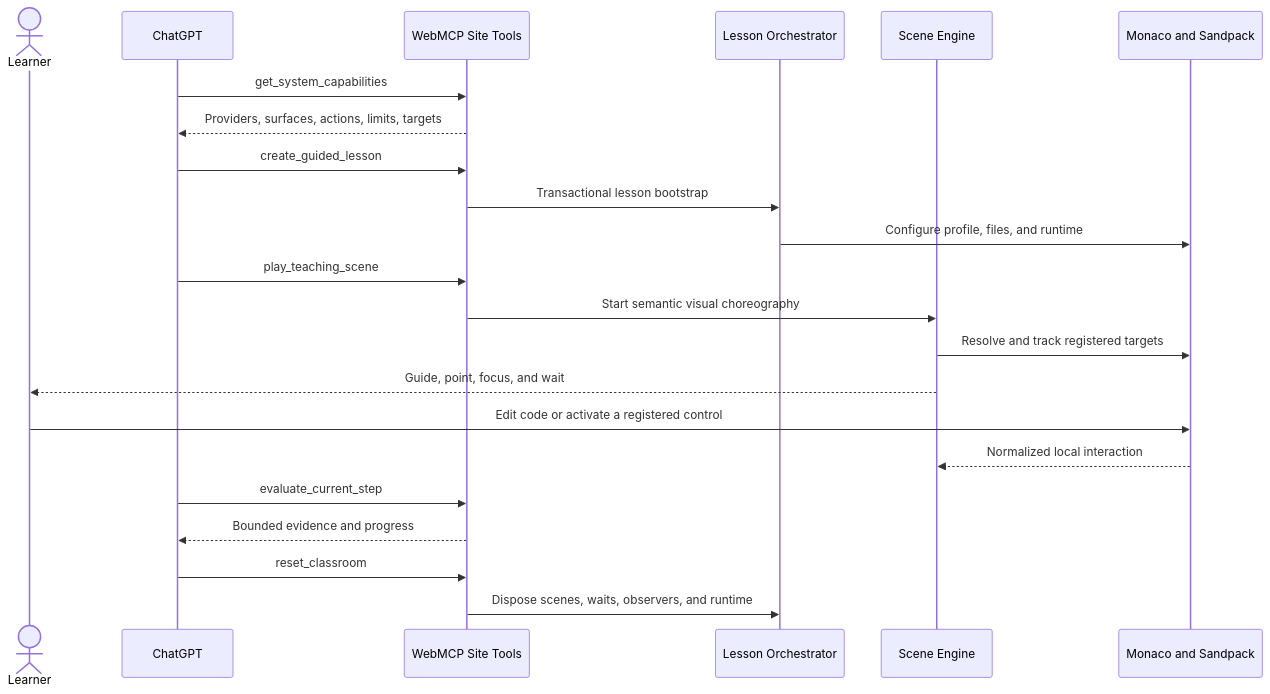
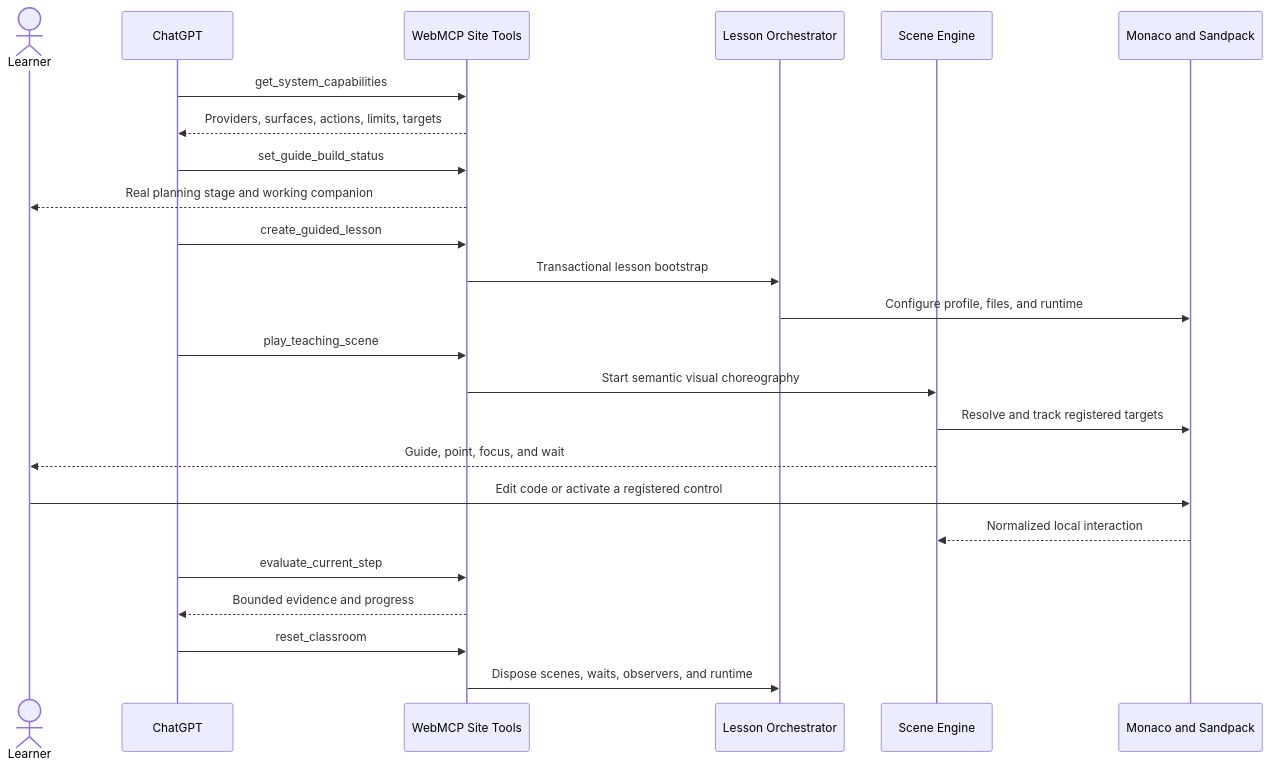
One commit to GilbertrdzDev/lessonique changed the first of 3 diagrams in README.md. Above: the diagram before and after it, drawn with Mermaid. The commit also changed other lines of this file and 36 other files, not shown here.

Commit message:
Add animated WebMCP guide build experience

````diff
--- a/README.md
+++ b/README.md
@@ -22,25 +22,27 @@
 ```mermaid
 sequenceDiagram
     actor Learner
     participant ChatGPT
     participant Tools as WebMCP Site Tools
     participant Classroom as Lesson Orchestrator
     participant Scene as Scene Engine
     participant Workspace as Monaco and Sandpack
 
     ChatGPT->>Tools: get_system_capabilities
     Tools-->>ChatGPT: Providers, surfaces, actions, limits, targets
+    ChatGPT->>Tools: set_guide_build_status
+    Tools-->>Learner: Real planning stage and working companion
     ChatGPT->>Tools: create_guided_lesson
     Tools->>Classroom: Transactional lesson bootstrap
     Classroom->>Workspace: Configure profile, files, and runtime
     ChatGPT->>Tools: play_teaching_scene
     Tools->>Scene: Start semantic visual choreography
     Scene->>Workspace: Resolve and track registered targets
     Scene-->>Learner: Guide, point, focus, and wait
     Learner->>Workspace: Edit code or activate a registered control
     Workspace-->>Scene: Normalized local interaction
     ChatGPT->>Tools: evaluate_current_step
     Tools-->>ChatGPT: Bounded evidence and progress
     ChatGPT->>Tools: reset_classroom
     Tools->>Classroom: Dispose scenes, waits, observers, and runtime
 ```
````
